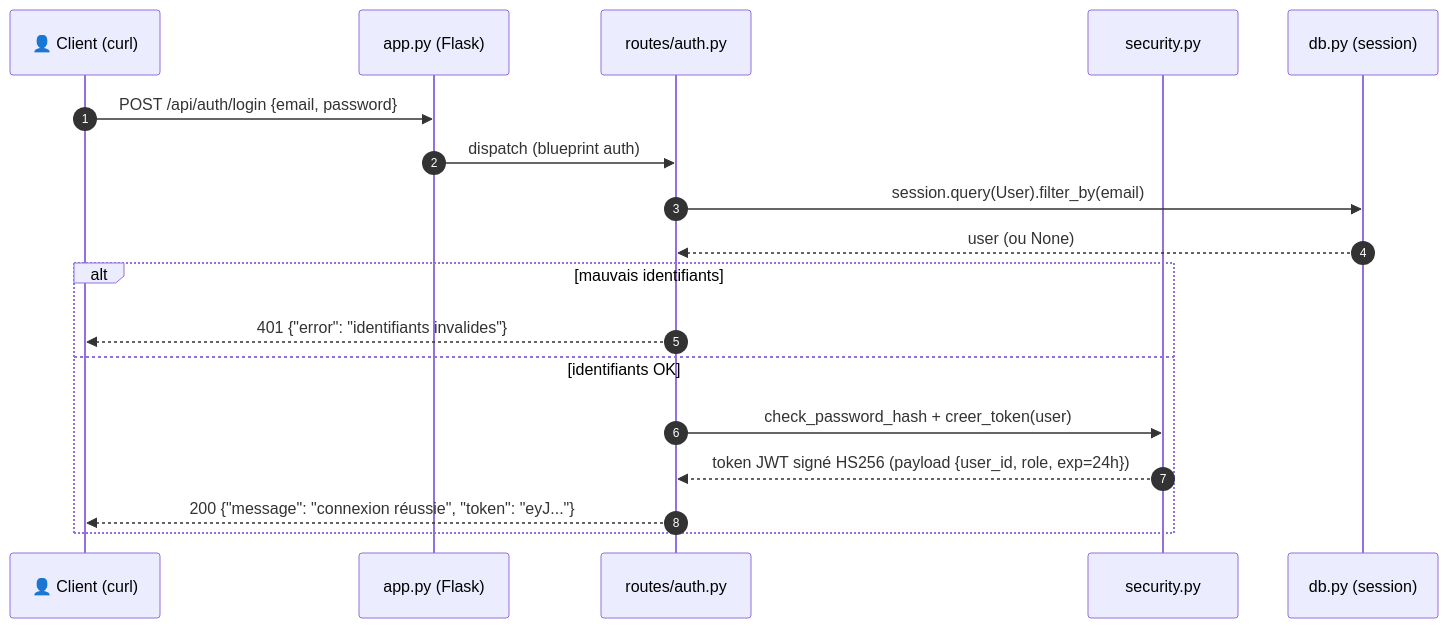
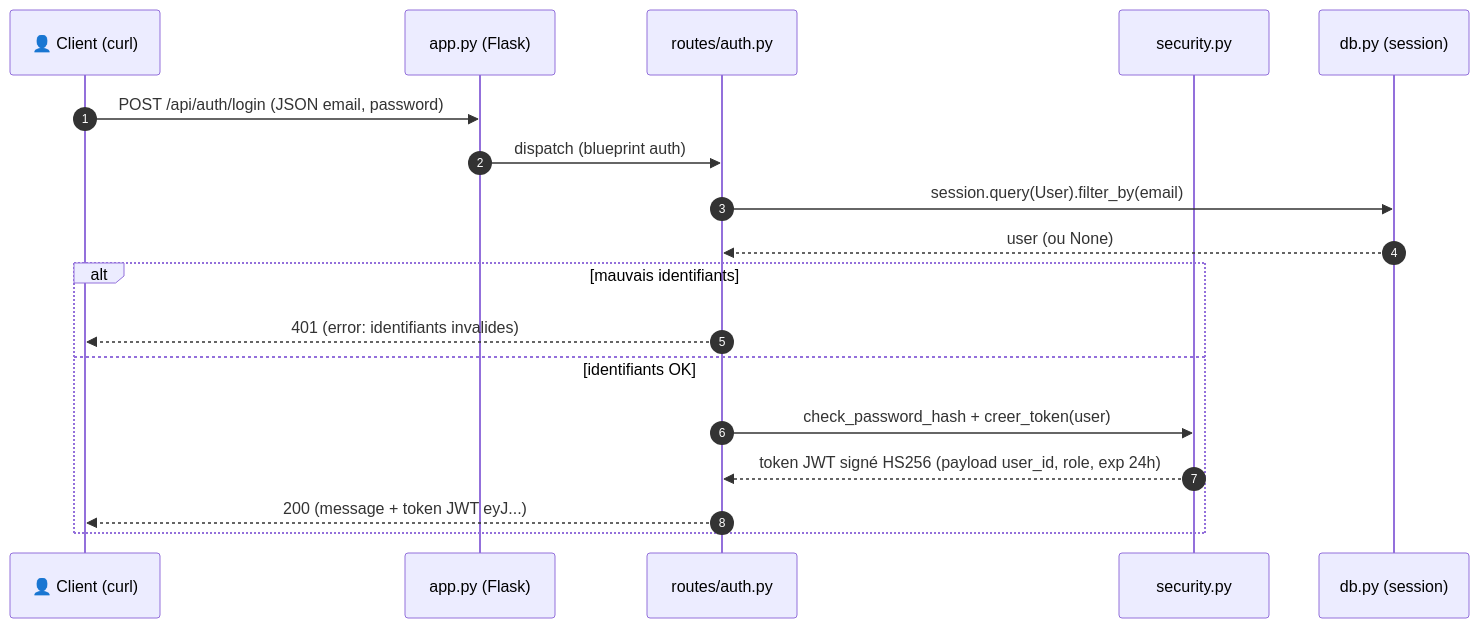
One commit to ericlacombe/mon-projet-handson-python changed the seventh of 8 diagrams in docs/uml-projet.md. Above: the diagram before and after it, drawn with Mermaid. The commit also changed other lines of this file, not shown here.

Commit message:
docs(uml-projet.md) : corrige le rendu Mermaid — étiquettes entre guillemets (parenthèses dans CRE), note classDiagram en <br/>, cas d'utilisation cités, messages de séquence sans accolades

````diff
--- a/docs/uml-projet.md
+++ b/docs/uml-projet.md
@@ -278,21 +278,21 @@
 ```mermaid
 %% LÉGENDE séquence UML : lignes verticales = lignes de vie · flèche pleine = appel synchrone · flèche retour pointillée = réponse · autonumber = ordre des messages
 sequenceDiagram
     autonumber
     participant C as 👤 Client (curl)
     participant F as app.py (Flask)
     participant R as routes/auth.py
     participant S as security.py
     participant D as db.py (session)
-    C->>F: POST /api/auth/login {email, password}
+    C->>F: POST /api/auth/login (JSON email, password)
     F->>R: dispatch (blueprint auth)
     R->>D: session.query(User).filter_by(email)
     D-->>R: user (ou None)
     alt mauvais identifiants
-        R-->>C: 401 {"error": "identifiants invalides"}
+        R-->>C: 401 (error: identifiants invalides)
     else identifiants OK
         R->>S: check_password_hash + creer_token(user)
-        S-->>R: token JWT signé HS256 (payload {user_id, role, exp=24h})
-        R-->>C: 200 {"message": "connexion réussie", "token": "eyJ..."}
+        S-->>R: token JWT signé HS256 (payload user_id, role, exp 24h)
+        R-->>C: 200 (message + token JWT eyJ...)
     end
 ```
````
